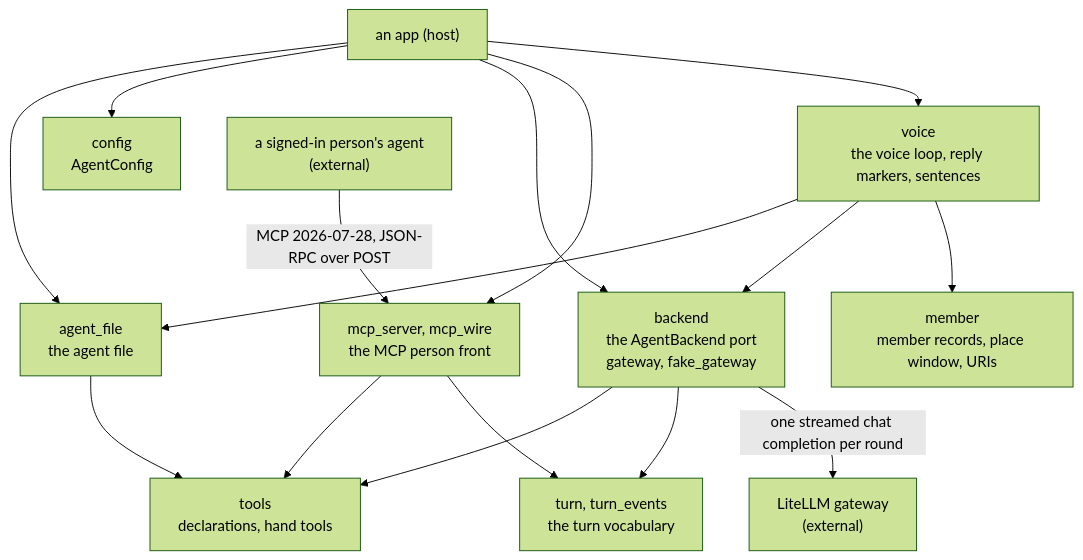
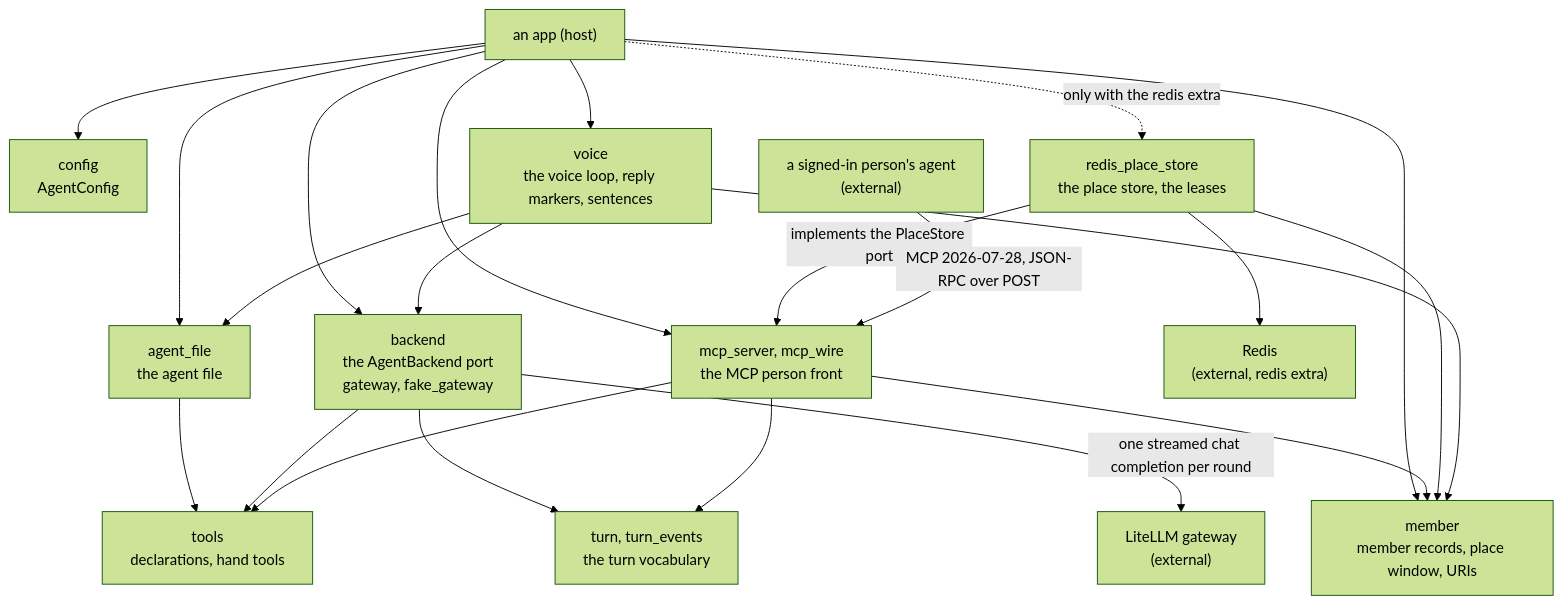
The diagram in docs/ARCHITECTURE.md (overnightworks/agents), drawn with Mermaid (forest theme) before and after one commit. The commit also changed other lines of this file and 5 other files, not shown here.

````diff
--- a/docs/ARCHITECTURE.md
+++ b/docs/ARCHITECTURE.md
@@ -14,30 +15,38 @@
 ```mermaid
 flowchart TB
     app["an app (host)"]
     agent_file["agent_file<br/>the agent file"]
     tools["tools<br/>declarations, hand tools"]
     config["config<br/>AgentConfig"]
     backend["backend<br/>the AgentBackend port<br/>gateway, fake_gateway"]
     turn["turn, turn_events<br/>the turn vocabulary"]
     mcp["mcp_server, mcp_wire<br/>the MCP person front"]
     member["member<br/>member records, place window, URIs"]
     voice["voice<br/>the voice loop, reply markers, sentences"]
+    place_store["redis_place_store<br/>the place store, the leases"]
     gateway["LiteLLM gateway<br/>(external)"]
+    redis["Redis<br/>(external, redis extra)"]
     person["a signed-in person's agent<br/>(external)"]
 
     app --> agent_file
     app --> config
     app --> backend
     app --> mcp
+    app --> member
     app --> voice
     agent_file --> tools
     backend --> tools
     backend --> turn
     mcp --> tools
     mcp --> turn
+    mcp --> member
+    app -.->|"only with the redis extra"| place_store
+    place_store -->|"implements the PlaceStore port"| mcp
+    place_store --> member
+    place_store --> redis
     voice --> agent_file
     voice --> backend
     voice --> member
     backend -->|"one streamed chat completion per round"| gateway
     person -->|"MCP 2026-07-28, JSON-RPC over POST"| mcp
 ```
````
